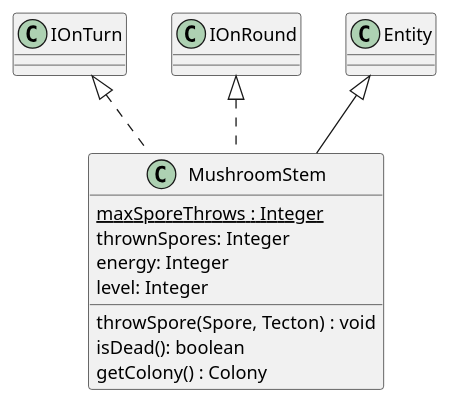
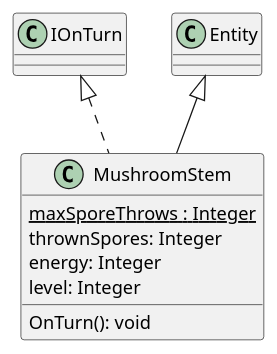
The diagram in 3/classes/mushroomStem.puml (Petya-G/fungorium), drawn with PlantUML before and after one commit. The commit also changed 8 other files, not shown here.

```diff
--- a/3/classes/mushroomStem.puml
+++ b/3/classes/mushroomStem.puml
@@ -1,15 +1,15 @@
 @startuml mushroomStem
 
 IOnTurn <|.. MushroomStem
-IOnRound <|.. MushroomStem
+'IOnRound <|.. MushroomStem
 Entity <|-- MushroomStem 
 class MushroomStem{
     {static} maxSporeThrows : Integer
     thrownSpores: Integer
     energy: Integer
     level: Integer
-    throwSpore(Spore, Tecton) : void
-    isDead(): boolean
-    getColony() : Colony
+    'throwSpore(Spore, Tecton) : void
+    OnTurn(): void
+    'getColony() : Colony
 }
 @enduml
```
